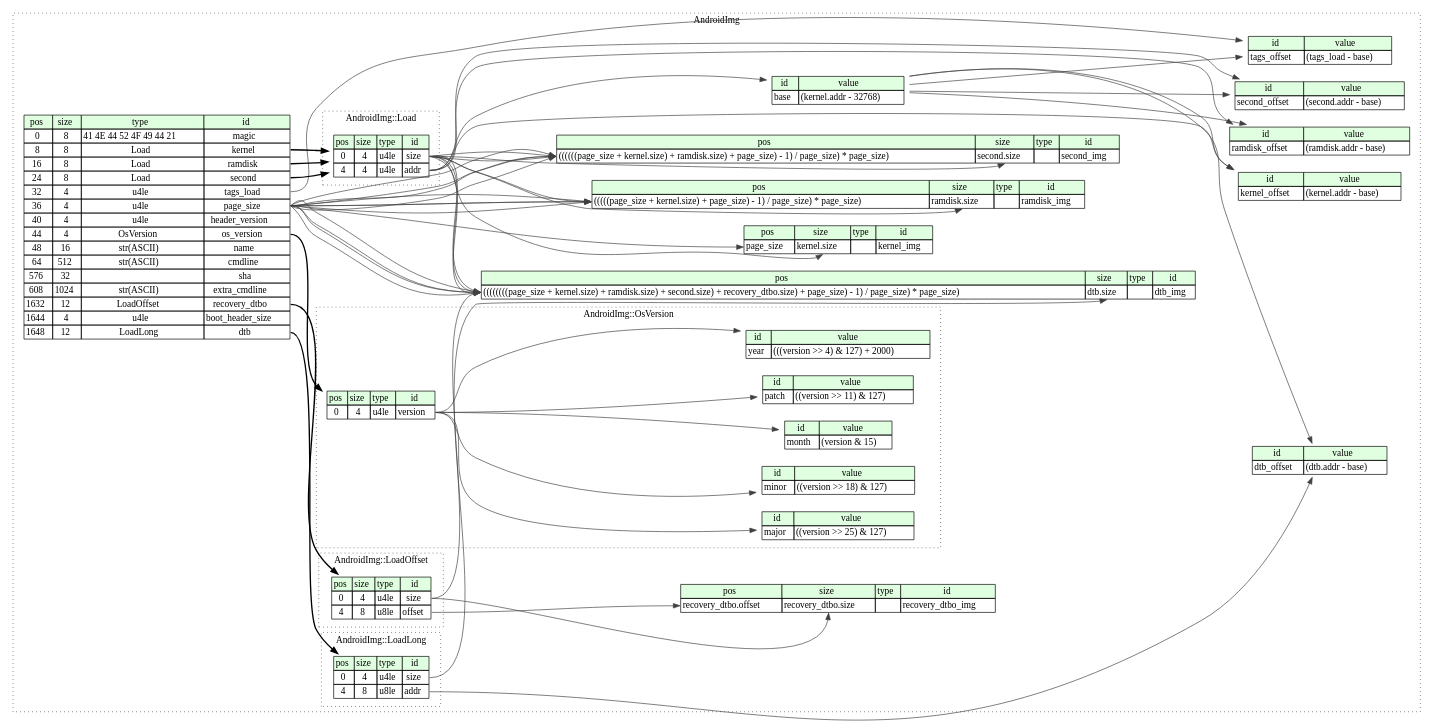
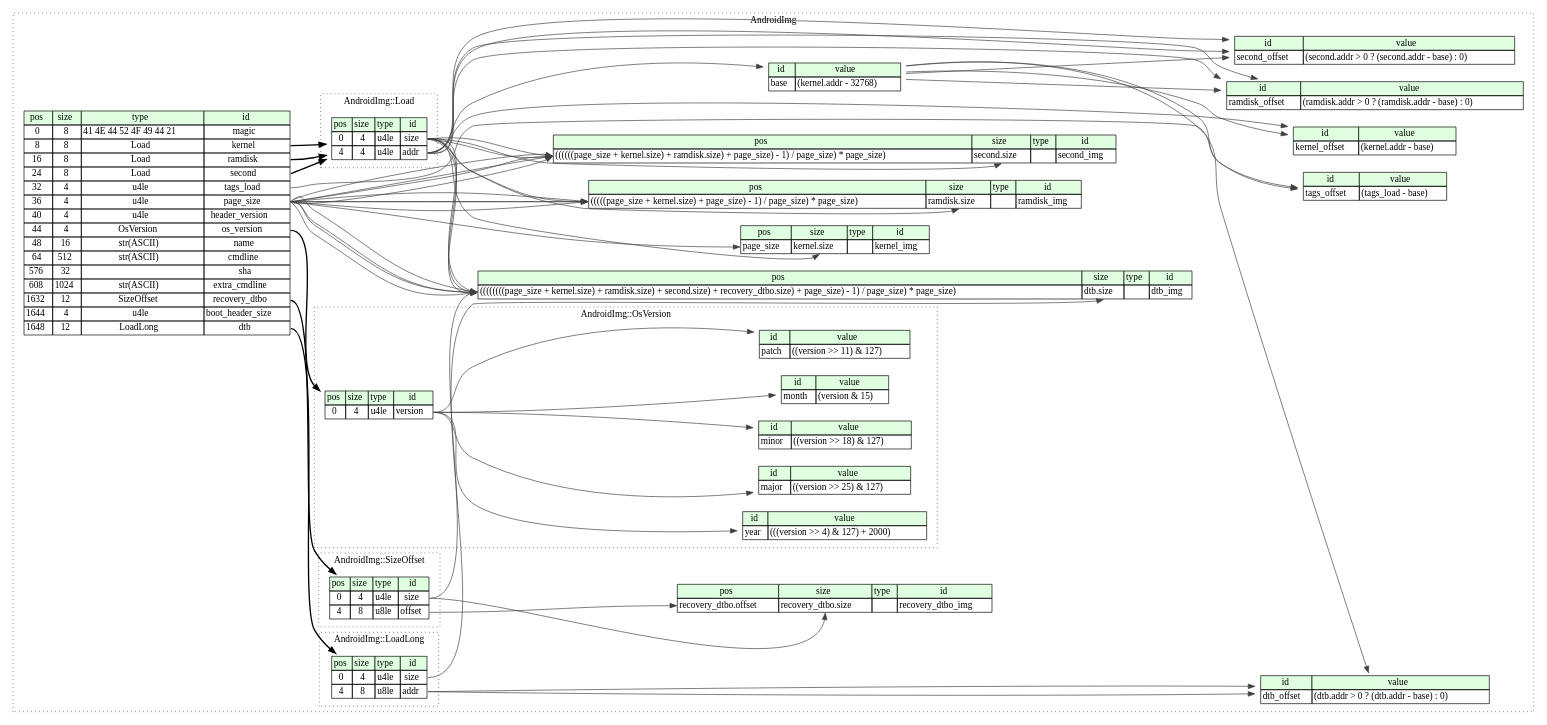
One commit to CruelKernel/bootimg changed the diagram in android_img.dot. Above: the diagram before and after it, drawn with Graphviz. The commit also changed 2 other files, not shown here.

```diff
--- a/android_img.dot
+++ b/android_img.dot
@@ -19,7 +19,7 @@
 			<TR><TD PORT="cmdline_pos">64</TD><TD PORT="cmdline_size">512</TD><TD>str(ASCII)</TD><TD PORT="cmdline_type">cmdline</TD></TR>
 			<TR><TD PORT="sha_pos">576</TD><TD PORT="sha_size">32</TD><TD></TD><TD PORT="sha_type">sha</TD></TR>
 			<TR><TD PORT="extra_cmdline_pos">608</TD><TD PORT="extra_cmdline_size">1024</TD><TD>str(ASCII)</TD><TD PORT="extra_cmdline_type">extra_cmdline</TD></TR>
-			<TR><TD PORT="recovery_dtbo_pos">1632</TD><TD PORT="recovery_dtbo_size">12</TD><TD>LoadOffset</TD><TD PORT="recovery_dtbo_type">recovery_dtbo</TD></TR>
+			<TR><TD PORT="recovery_dtbo_pos">1632</TD><TD PORT="recovery_dtbo_size">12</TD><TD>SizeOffset</TD><TD PORT="recovery_dtbo_type">recovery_dtbo</TD></TR>
 			<TR><TD PORT="boot_header_size_pos">1644</TD><TD PORT="boot_header_size_size">4</TD><TD>u4le</TD><TD PORT="boot_header_size_type">boot_header_size</TD></TR>
 			<TR><TD PORT="dtb_pos">1648</TD><TD PORT="dtb_size">12</TD><TD>LoadLong</TD><TD PORT="dtb_type">dtb</TD></TR>
 		</TABLE>>];
@@ -33,11 +33,11 @@
 		</TABLE>>];
 		android_img__inst__ramdisk_offset [label=<<TABLE BORDER="0" CELLBORDER="1" CELLSPACING="0">
 			<TR><TD BGCOLOR="#E0FFE0">id</TD><TD BGCOLOR="#E0FFE0">value</TD></TR>
-			<TR><TD>ramdisk_offset</TD><TD>(ramdisk.addr - base)</TD></TR>
+			<TR><TD>ramdisk_offset</TD><TD>(ramdisk.addr &gt; 0 ? (ramdisk.addr - base) : 0)</TD></TR>
 		</TABLE>>];
 		android_img__inst__second_offset [label=<<TABLE BORDER="0" CELLBORDER="1" CELLSPACING="0">
 			<TR><TD BGCOLOR="#E0FFE0">id</TD><TD BGCOLOR="#E0FFE0">value</TD></TR>
-			<TR><TD>second_offset</TD><TD>(second.addr - base)</TD></TR>
+			<TR><TD>second_offset</TD><TD>(second.addr &gt; 0 ? (second.addr - base) : 0)</TD></TR>
 		</TABLE>>];
 		android_img__inst__kernel_offset [label=<<TABLE BORDER="0" CELLBORDER="1" CELLSPACING="0">
 			<TR><TD BGCOLOR="#E0FFE0">id</TD><TD BGCOLOR="#E0FFE0">value</TD></TR>
@@ -45,7 +45,7 @@
 		</TABLE>>];
 		android_img__inst__dtb_offset [label=<<TABLE BORDER="0" CELLBORDER="1" CELLSPACING="0">
 			<TR><TD BGCOLOR="#E0FFE0">id</TD><TD BGCOLOR="#E0FFE0">value</TD></TR>
-			<TR><TD>dtb_offset</TD><TD>(dtb.addr - base)</TD></TR>
+			<TR><TD>dtb_offset</TD><TD>(dtb.addr &gt; 0 ? (dtb.addr - base) : 0)</TD></TR>
 		</TABLE>>];
 		android_img__inst__dtb_img [label=<<TABLE BORDER="0" CELLBORDER="1" CELLSPACING="0">
 			<TR><TD BGCOLOR="#E0FFE0">pos</TD><TD BGCOLOR="#E0FFE0">size</TD><TD BGCOLOR="#E0FFE0">type</TD><TD BGCOLOR="#E0FFE0">id</TD></TR>
@@ -87,11 +87,11 @@
 				<TR><TD PORT="addr_pos">4</TD><TD PORT="addr_size">8</TD><TD>u8le</TD><TD PORT="addr_type">addr</TD></TR>
 			</TABLE>>];
 		}
-		subgraph cluster__load_offset {
-			label="AndroidImg::LoadOffset";
+		subgraph cluster__size_offset {
+			label="AndroidImg::SizeOffset";
 			graph[style=dotted];
 
-			load_offset__seq [label=<<TABLE BORDER="0" CELLBORDER="1" CELLSPACING="0">
+			size_offset__seq [label=<<TABLE BORDER="0" CELLBORDER="1" CELLSPACING="0">
 				<TR><TD BGCOLOR="#E0FFE0">pos</TD><TD BGCOLOR="#E0FFE0">size</TD><TD BGCOLOR="#E0FFE0">type</TD><TD BGCOLOR="#E0FFE0">id</TD></TR>
 				<TR><TD PORT="size_pos">0</TD><TD PORT="size_size">4</TD><TD>u4le</TD><TD PORT="size_type">size</TD></TR>
 				<TR><TD PORT="offset_pos">4</TD><TD PORT="offset_size">8</TD><TD>u8le</TD><TD PORT="offset_type">offset</TD></TR>
@@ -131,25 +131,28 @@
 	android_img__seq:ramdisk_type -> load__seq [style=bold];
 	android_img__seq:second_type -> load__seq [style=bold];
 	android_img__seq:os_version_type -> os_version__seq [style=bold];
-	android_img__seq:recovery_dtbo_type -> load_offset__seq [style=bold];
+	android_img__seq:recovery_dtbo_type -> size_offset__seq [style=bold];
 	android_img__seq:dtb_type -> load_long__seq [style=bold];
 	android_img__seq:page_size_type -> android_img__inst__kernel_img:kernel_img_pos [color="#404040"];
 	load__seq:size_type -> android_img__inst__kernel_img:kernel_img_size [color="#404040"];
 	android_img__seq:tags_load_type -> android_img__inst__tags_offset [color="#404040"];
 	android_img__inst__base:base_type -> android_img__inst__tags_offset [color="#404040"];
 	load__seq:addr_type -> android_img__inst__ramdisk_offset [color="#404040"];
+	load__seq:addr_type -> android_img__inst__ramdisk_offset [color="#404040"];
 	android_img__inst__base:base_type -> android_img__inst__ramdisk_offset [color="#404040"];
+	load__seq:addr_type -> android_img__inst__second_offset [color="#404040"];
 	load__seq:addr_type -> android_img__inst__second_offset [color="#404040"];
 	android_img__inst__base:base_type -> android_img__inst__second_offset [color="#404040"];
 	load__seq:addr_type -> android_img__inst__kernel_offset [color="#404040"];
 	android_img__inst__base:base_type -> android_img__inst__kernel_offset [color="#404040"];
+	load_long__seq:addr_type -> android_img__inst__dtb_offset [color="#404040"];
 	load_long__seq:addr_type -> android_img__inst__dtb_offset [color="#404040"];
 	android_img__inst__base:base_type -> android_img__inst__dtb_offset [color="#404040"];
 	android_img__seq:page_size_type -> android_img__inst__dtb_img:dtb_img_pos [color="#404040"];
 	load__seq:size_type -> android_img__inst__dtb_img:dtb_img_pos [color="#404040"];
 	load__seq:size_type -> android_img__inst__dtb_img:dtb_img_pos [color="#404040"];
 	load__seq:size_type -> android_img__inst__dtb_img:dtb_img_pos [color="#404040"];
-	load_offset__seq:size_type -> android_img__inst__dtb_img:dtb_img_pos [color="#404040"];
+	size_offset__seq:size_type -> android_img__inst__dtb_img:dtb_img_pos [color="#404040"];
 	android_img__seq:page_size_type -> android_img__inst__dtb_img:dtb_img_pos [color="#404040"];
 	android_img__seq:page_size_type -> android_img__inst__dtb_img:dtb_img_pos [color="#404040"];
 	android_img__seq:page_size_type -> android_img__inst__dtb_img:dtb_img_pos [color="#404040"];
@@ -160,8 +163,8 @@
 	android_img__seq:page_size_type -> android_img__inst__ramdisk_img:ramdisk_img_pos [color="#404040"];
 	android_img__seq:page_size_type -> android_img__inst__ramdisk_img:ramdisk_img_pos [color="#404040"];
 	load__seq:size_type -> android_img__inst__ramdisk_img:ramdisk_img_size [color="#404040"];
-	load_offset__seq:offset_type -> android_img__inst__recovery_dtbo_img:recovery_dtbo_img_pos [color="#404040"];
-	load_offset__seq:size_type -> android_img__inst__recovery_dtbo_img:recovery_dtbo_img_size [color="#404040"];
+	size_offset__seq:offset_type -> android_img__inst__recovery_dtbo_img:recovery_dtbo_img_pos [color="#404040"];
+	size_offset__seq:size_type -> android_img__inst__recovery_dtbo_img:recovery_dtbo_img_size [color="#404040"];
 	android_img__seq:page_size_type -> android_img__inst__second_img:second_img_pos [color="#404040"];
 	load__seq:size_type -> android_img__inst__second_img:second_img_pos [color="#404040"];
 	load__seq:size_type -> android_img__inst__second_img:second_img_pos [color="#404040"];
```
